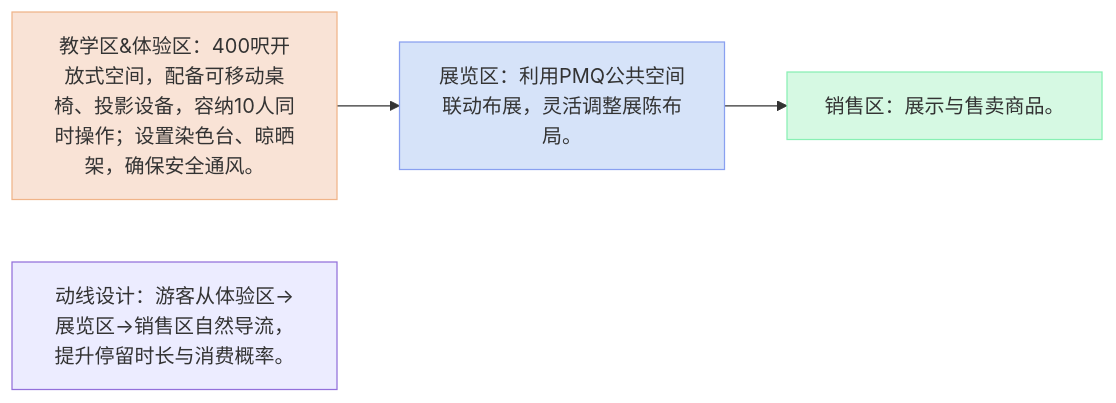
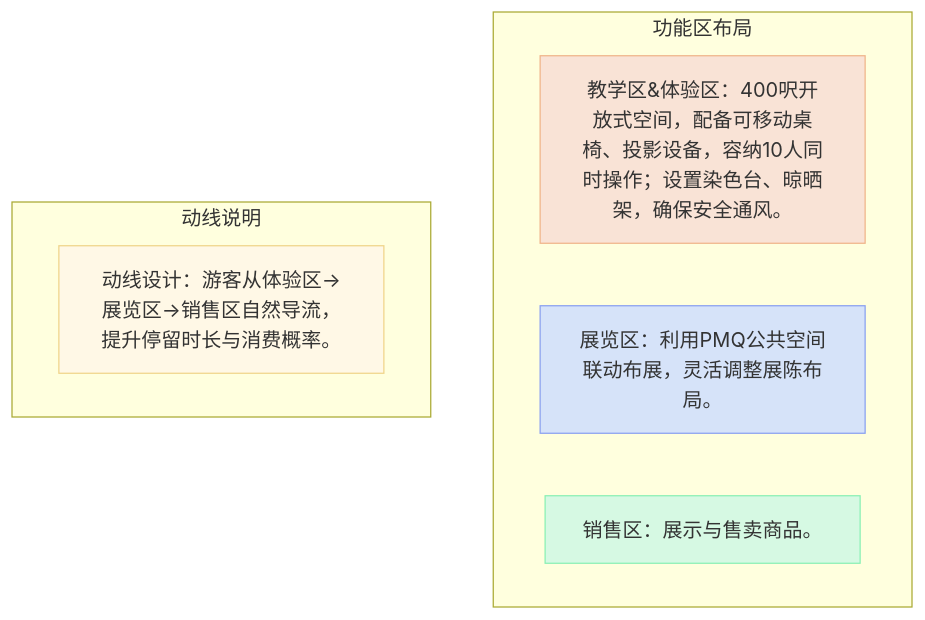
Before and after one commit to NaturalRice/git-demo: the seventh of 9 diagrams in README.md, drawn with Mermaid.

````diff
--- a/README.md
+++ b/README.md
@@ -81,10 +81,17 @@
 ```mermaid
-flowchart LR
-    A[教学区&体验区：400呎开放式空间，配备可移动桌椅、投影设备，容纳10人同时操作；设置染色台、晾晒架，确保安全通风。] --> 
-    B[展览区：利用PMQ公共空间联动布展，灵活调整展陈布局。] --> 
-    C[销售区：展示与售卖商品。]
-    D[动线设计：游客从体验区→展览区→销售区自然导流，提升停留时长与消费概率。]
+flowchart TD
+    subgraph 功能区布局
+        direction LR
+        A[教学区&体验区：400呎开放式空间，配备可移动桌椅、投影设备，容纳10人同时操作；设置染色台、晾晒架，确保安全通风。]
+        B[展览区：利用PMQ公共空间联动布展，灵活调整展陈布局。]
+        C[销售区：展示与售卖商品。]
+    end
+    subgraph 动线说明
+        D[动线设计：游客从体验区→展览区→销售区自然导流，提升停留时长与消费概率。]
+    end
+    
     style A fill:#f9e3d6,stroke:#f0b489
     style B fill:#d6e3f9,stroke:#89a0f0
     style C fill:#d6f9e3,stroke:#89f0b4
+    style D fill:#fff8e6,stroke:#f0d489
 ```
````
